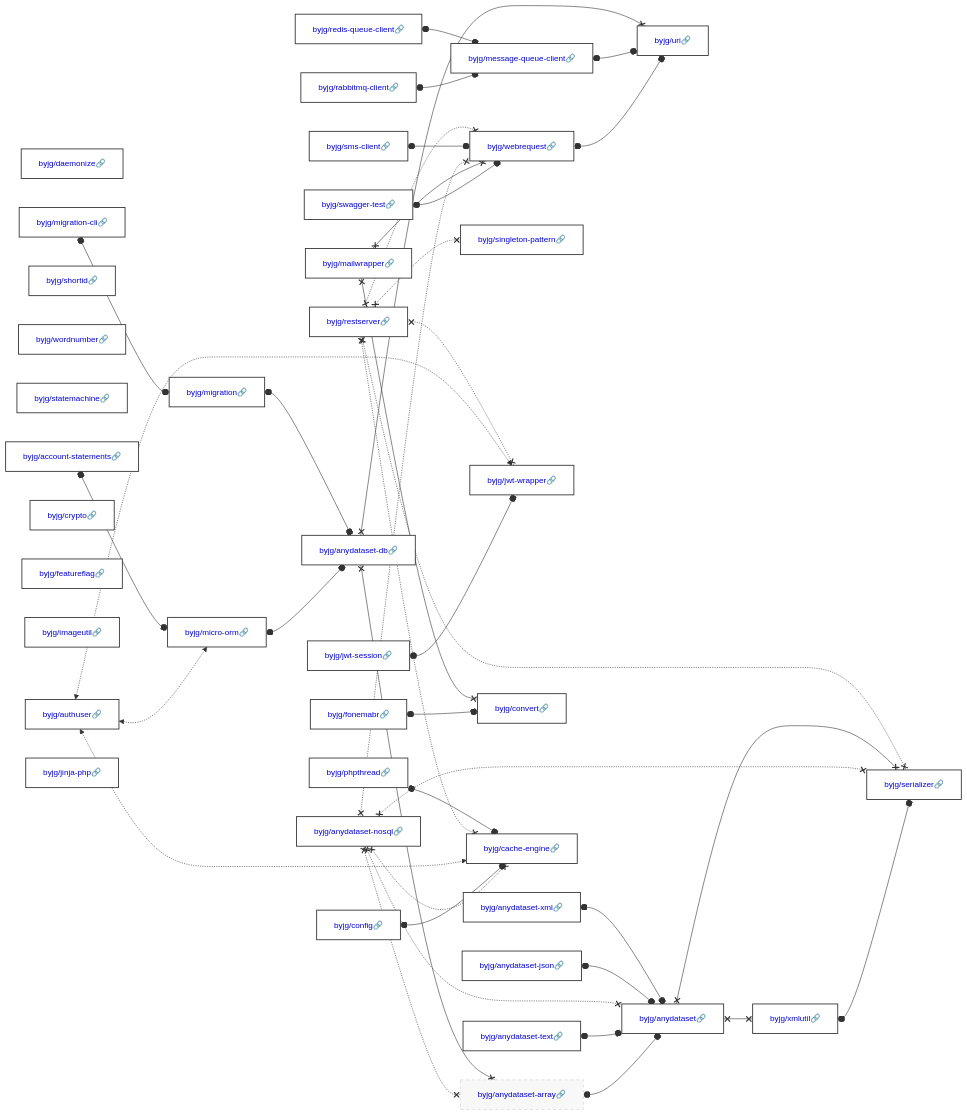
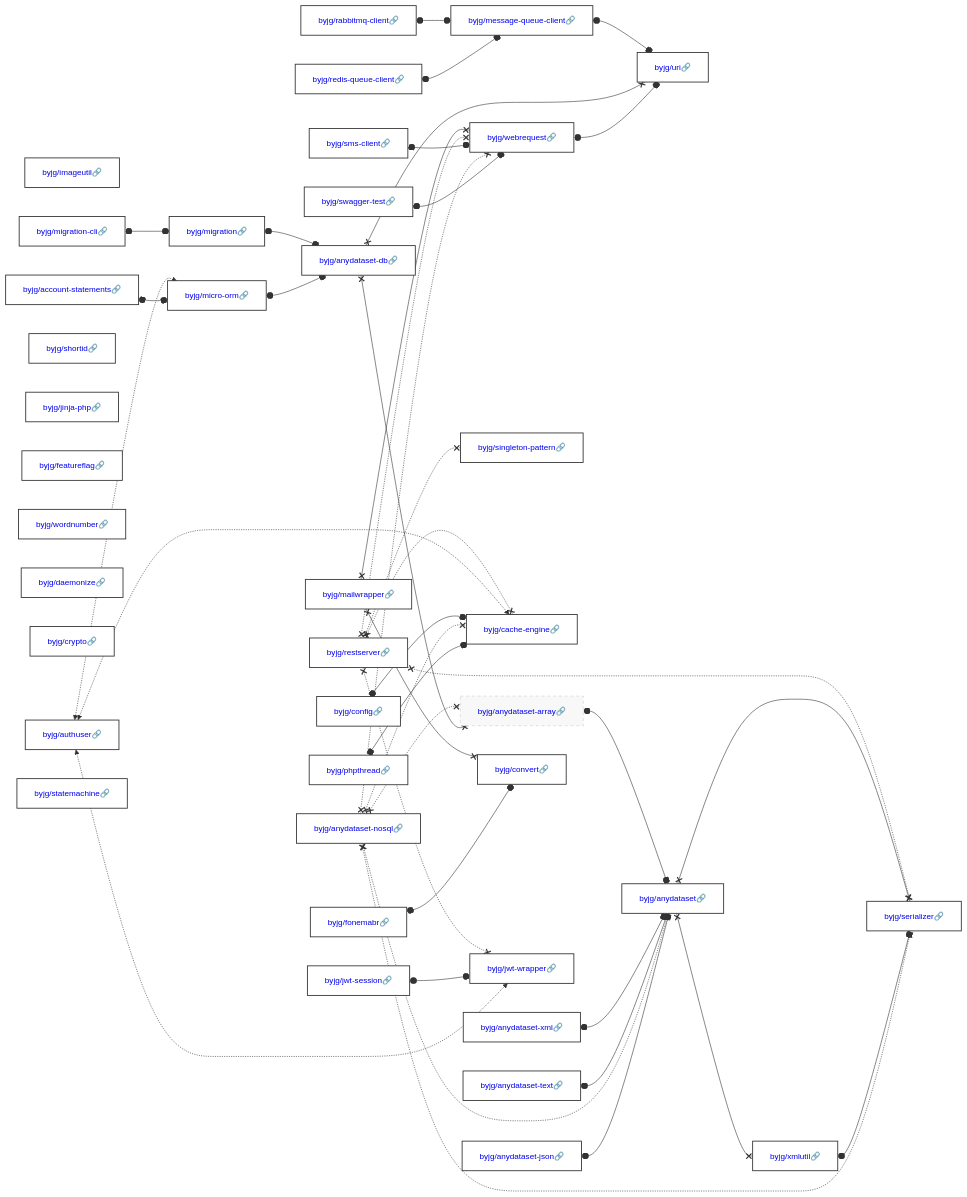
The diagram in docs/php/README.md (byjg/byjg.github.io), drawn with Mermaid before and after one commit. The commit also changed other lines of this file, not shown here.

Commit message:
Update documentation 'php' 'php-migration'

````diff
--- a/docs/php/README.md
+++ b/docs/php/README.md
@@ -3,82 +3,82 @@
 ```mermaid
 graph LR;
+  byjg/imageutil[<a href='https://opensource.byjg.com/docs/php/imageutil' style='text-decoration:none'>byjg/imageutil🔗</a>];
+  byjg/migration-cli[<a href='https://opensource.byjg.com/docs/php/migration-cli' style='text-decoration:none'>byjg/migration-cli🔗</a>];
+  byjg/authuser[<a href='https://opensource.byjg.com/docs/php/authuser' style='text-decoration:none'>byjg/authuser🔗</a>];
+  byjg/anydataset-text[<a href='https://opensource.byjg.com/docs/php/anydataset-text' style='text-decoration:none'>byjg/anydataset-text🔗</a>];
+  byjg/shortid[<a href='https://opensource.byjg.com/docs/php/shortid' style='text-decoration:none'>byjg/shortid🔗</a>];
+  byjg/jinja-php[<a href='https://opensource.byjg.com/docs/php/jinja-php' style='text-decoration:none'>byjg/jinja-php🔗</a>];
+  byjg/restserver[<a href='https://opensource.byjg.com/docs/php/restserver' style='text-decoration:none'>byjg/restserver🔗</a>];
+  byjg/sms-client[<a href='https://opensource.byjg.com/docs/php/sms-client' style='text-decoration:none'>byjg/sms-client🔗</a>];
+  byjg/featureflag[<a href='https://opensource.byjg.com/docs/php/featureflag' style='text-decoration:none'>byjg/featureflag🔗</a>];
+  byjg/anydataset-xml[<a href='https://opensource.byjg.com/docs/php/anydataset-xml' style='text-decoration:none'>byjg/anydataset-xml🔗</a>];
+  byjg/config[<a href='https://opensource.byjg.com/docs/php/config' style='text-decoration:none'>byjg/config🔗</a>];
+  byjg/anydataset-nosql[<a href='https://opensource.byjg.com/docs/php/anydataset-nosql' style='text-decoration:none'>byjg/anydataset-nosql🔗</a>];
+  byjg/phpthread[<a href='https://opensource.byjg.com/docs/php/phpthread' style='text-decoration:none'>byjg/phpthread🔗</a>];
+  byjg/mailwrapper[<a href='https://opensource.byjg.com/docs/php/mailwrapper' style='text-decoration:none'>byjg/mailwrapper🔗</a>];
+  byjg/wordnumber[<a href='https://opensource.byjg.com/docs/php/wordnumber' style='text-decoration:none'>byjg/wordnumber🔗</a>];
+  byjg/swagger-test[<a href='https://opensource.byjg.com/docs/php/swagger-test' style='text-decoration:none'>byjg/swagger-test🔗</a>];
   byjg/daemonize[<a href='https://opensource.byjg.com/docs/php/daemonize' style='text-decoration:none'>byjg/daemonize🔗</a>];
+  byjg/crypto[<a href='https://opensource.byjg.com/docs/php/crypto' style='text-decoration:none'>byjg/crypto🔗</a>];
+  byjg/rabbitmq-client[<a href='https://opensource.byjg.com/docs/php/rabbitmq-client' style='text-decoration:none'>byjg/rabbitmq-client🔗</a>];
+  byjg/redis-queue-client[<a href='https://opensource.byjg.com/docs/php/redis-queue-client' style='text-decoration:none'>byjg/redis-queue-client🔗</a>];
   byjg/fonemabr[<a href='https://opensource.byjg.com/docs/php/fonemabr' style='text-decoration:none'>byjg/fonemabr🔗</a>];
-  byjg/authuser[<a href='https://opensource.byjg.com/docs/php/authuser' style='text-decoration:none'>byjg/authuser🔗</a>];
-  byjg/shortid[<a href='https://opensource.byjg.com/docs/php/shortid' style='text-decoration:none'>byjg/shortid🔗</a>];
-  byjg/wordnumber[<a href='https://opensource.byjg.com/docs/php/wordnumber' style='text-decoration:none'>byjg/wordnumber🔗</a>];
-  byjg/restserver[<a href='https://opensource.byjg.com/docs/php/restserver' style='text-decoration:none'>byjg/restserver🔗</a>];
+  byjg/jwt-session[<a href='https://opensource.byjg.com/docs/php/jwt-session' style='text-decoration:none'>byjg/jwt-session🔗</a>];
+  byjg/account-statements[<a href='https://opensource.byjg.com/docs/php/account-statements' style='text-decoration:none'>byjg/account-statements🔗</a>];
+  byjg/anydataset-json[<a href='https://opensource.byjg.com/docs/php/anydataset-json' style='text-decoration:none'>byjg/anydataset-json🔗</a>];
   byjg/statemachine[<a href='https://opensource.byjg.com/docs/php/statemachine' style='text-decoration:none'>byjg/statemachine🔗</a>];
-  byjg/anydataset-nosql[<a href='https://opensource.byjg.com/docs/php/anydataset-nosql' style='text-decoration:none'>byjg/anydataset-nosql🔗</a>];
-  byjg/account-statements[<a href='https://opensource.byjg.com/docs/php/account-statements' style='text-decoration:none'>byjg/account-statements🔗</a>];
-  byjg/crypto[<a href='https://opensource.byjg.com/docs/php/crypto' style='text-decoration:none'>byjg/crypto🔗</a>];
-  byjg/redis-queue-client[<a href='https://opensource.byjg.com/docs/php/redis-queue-client' style='text-decoration:none'>byjg/redis-queue-client🔗</a>];
-  byjg/jwt-session[<a href='https://opensource.byjg.com/docs/php/jwt-session' style='text-decoration:none'>byjg/jwt-session🔗</a>];
-  byjg/featureflag[<a href='https://opensource.byjg.com/docs/php/featureflag' style='text-decoration:none'>byjg/featureflag🔗</a>];
-  byjg/rabbitmq-client[<a href='https://opensource.byjg.com/docs/php/rabbitmq-client' style='text-decoration:none'>byjg/rabbitmq-client🔗</a>];
-  byjg/phpthread[<a href='https://opensource.byjg.com/docs/php/phpthread' style='text-decoration:none'>byjg/phpthread🔗</a>];
-  byjg/sms-client[<a href='https://opensource.byjg.com/docs/php/sms-client' style='text-decoration:none'>byjg/sms-client🔗</a>];
-  byjg/imageutil[<a href='https://opensource.byjg.com/docs/php/imageutil' style='text-decoration:none'>byjg/imageutil🔗</a>];
-  byjg/anydataset-text[<a href='https://opensource.byjg.com/docs/php/anydataset-text' style='text-decoration:none'>byjg/anydataset-text🔗</a>];
-  byjg/anydataset-xml[<a href='https://opensource.byjg.com/docs/php/anydataset-xml' style='text-decoration:none'>byjg/anydataset-xml🔗</a>];
-  byjg/migration-cli[<a href='https://opensource.byjg.com/docs/php/migration-cli' style='text-decoration:none'>byjg/migration-cli🔗</a>];
-  byjg/anydataset-json[<a href='https://opensource.byjg.com/docs/php/anydataset-json' style='text-decoration:none'>byjg/anydataset-json🔗</a>];
-  byjg/swagger-test[<a href='https://opensource.byjg.com/docs/php/swagger-test' style='text-decoration:none'>byjg/swagger-test🔗</a>];
-  byjg/jinja-php[<a href='https://opensource.byjg.com/docs/php/jinja-php' style='text-decoration:none'>byjg/jinja-php🔗</a>];
-  byjg/mailwrapper[<a href='https://opensource.byjg.com/docs/php/mailwrapper' style='text-decoration:none'>byjg/mailwrapper🔗</a>];
-  byjg/config[<a href='https://opensource.byjg.com/docs/php/config' style='text-decoration:none'>byjg/config🔗</a>];
+  byjg/migration[<a href='https://opensource.byjg.com/docs/php/migration' style='text-decoration:none'>byjg/migration🔗</a>];
   byjg/singleton-pattern[<a href='https://opensource.byjg.com/docs/php/singleton-pattern' style='text-decoration:none'>byjg/singleton-pattern🔗</a>];
+  byjg/cache-engine[<a href='https://opensource.byjg.com/docs/php/cache-engine' style='text-decoration:none'>byjg/cache-engine🔗</a>];
+  byjg/webrequest[<a href='https://opensource.byjg.com/docs/php/webrequest' style='text-decoration:none'>byjg/webrequest🔗</a>];
+  byjg/message-queue-client[<a href='https://opensource.byjg.com/docs/php/message-queue-client' style='text-decoration:none'>byjg/message-queue-client🔗</a>];
+  byjg/convert[<a href='https://opensource.byjg.com/docs/php/convert' style='text-decoration:none'>byjg/convert🔗</a>];
+  byjg/jwt-wrapper[<a href='https://opensource.byjg.com/docs/php/jwt-wrapper' style='text-decoration:none'>byjg/jwt-wrapper🔗</a>];
   byjg/micro-orm[<a href='https://opensource.byjg.com/docs/php/micro-orm' style='text-decoration:none'>byjg/micro-orm🔗</a>];
-  byjg/jwt-wrapper[<a href='https://opensource.byjg.com/docs/php/jwt-wrapper' style='text-decoration:none'>byjg/jwt-wrapper🔗</a>];
-  byjg/message-queue-client[<a href='https://opensource.byjg.com/docs/php/message-queue-client' style='text-decoration:none'>byjg/message-queue-client🔗</a>];
-  byjg/migration[<a href='https://opensource.byjg.com/docs/php/migration' style='text-decoration:none'>byjg/migration🔗</a>];
-  byjg/convert[<a href='https://opensource.byjg.com/docs/php/convert' style='text-decoration:none'>byjg/convert🔗</a>];
-  byjg/webrequest[<a href='https://opensource.byjg.com/docs/php/webrequest' style='text-decoration:none'>byjg/webrequest🔗</a>];
-  byjg/cache-engine[<a href='https://opensource.byjg.com/docs/php/cache-engine' style='text-decoration:none'>byjg/cache-engine🔗</a>];
   byjg/anydataset-db[<a href='https://opensource.byjg.com/docs/php/anydataset-db' style='text-decoration:none'>byjg/anydataset-db🔗</a>];
   byjg/anydataset-array[<a href='https://opensource.byjg.com/docs/php/anydataset-array' style='text-decoration:none'>byjg/anydataset-array🔗</a>];
   byjg/uri[<a href='https://opensource.byjg.com/docs/php/uri' style='text-decoration:none'>byjg/uri🔗</a>];
   byjg/anydataset[<a href='https://opensource.byjg.com/docs/php/anydataset' style='text-decoration:none'>byjg/anydataset🔗</a>];
   byjg/xmlutil[<a href='https://opensource.byjg.com/docs/php/xmlutil' style='text-decoration:none'>byjg/xmlutil🔗</a>];
   byjg/serializer[<a href='https://opensource.byjg.com/docs/php/serializer' style='text-decoration:none'>byjg/serializer🔗</a>];
+  byjg/migration-cli o--o byjg/migration;
+  byjg/webrequest o--o byjg/uri;
+  byjg/micro-orm o--o byjg/anydataset-db;
+  byjg/phpthread o--o byjg/cache-engine;
+  byjg/anydataset-db x--x byjg/anydataset-array;
+  byjg/anydataset-db x--x byjg/uri;
+  byjg/redis-queue-client o--o byjg/message-queue-client;
+  byjg/anydataset-json o--o byjg/anydataset;
   byjg/swagger-test o--o byjg/webrequest;
-  byjg/xmlutil o--o byjg/serializer;
-  byjg/anydataset-array o--o byjg/anydataset;
-  byjg/fonemabr o--o byjg/convert;
-  byjg/anydataset-text o--o byjg/anydataset;
-  byjg/mailwrapper x--x byjg/convert;
-  byjg/mailwrapper x--x byjg/webrequest;
-  byjg/webrequest o--o byjg/uri;
+  byjg/rabbitmq-client o--o byjg/message-queue-client;
   byjg/anydataset-nosql x-.-x byjg/anydataset;
   byjg/anydataset-nosql x-.-x byjg/anydataset-array;
   byjg/anydataset-nosql x-.-x byjg/serializer;
   byjg/anydataset-nosql x-.-x byjg/webrequest;
   byjg/anydataset-nosql x-.-x byjg/cache-engine;
+  byjg/xmlutil o--o byjg/serializer;
+  byjg/account-statements o--o byjg/micro-orm;
+  byjg/anydataset-text o--o byjg/anydataset;
+  byjg/config o--o byjg/cache-engine;
   byjg/message-queue-client o--o byjg/uri;
-  byjg/anydataset x--x byjg/serializer;
-  byjg/anydataset x--x byjg/xmlutil;
-  byjg/jwt-session o--o byjg/jwt-wrapper;
-  byjg/config o--o byjg/cache-engine;
-  byjg/anydataset-json o--o byjg/anydataset;
-  byjg/micro-orm o--o byjg/anydataset-db;
-  byjg/migration-cli o--o byjg/migration;
-  byjg/migration o--o byjg/anydataset-db;
-  byjg/rabbitmq-client o--o byjg/message-queue-client;
-  byjg/sms-client o--o byjg/webrequest;
-  byjg/redis-queue-client o--o byjg/message-queue-client;
-  byjg/anydataset-db x--x byjg/anydataset-array;
-  byjg/anydataset-db x--x byjg/uri;
+  byjg/anydataset-xml o--o byjg/anydataset;
   byjg/authuser <-.-> byjg/micro-orm;
   byjg/authuser <-.-> byjg/cache-engine;
   byjg/authuser <-.-> byjg/jwt-wrapper;
+  byjg/sms-client o--o byjg/webrequest;
+  byjg/jwt-session o--o byjg/jwt-wrapper;
+  byjg/anydataset x--x byjg/serializer;
+  byjg/anydataset x--x byjg/xmlutil;
+  byjg/anydataset-array o--o byjg/anydataset;
+  byjg/migration o--o byjg/anydataset-db;
   byjg/restserver x-.-x byjg/serializer;
   byjg/restserver x-.-x byjg/singleton-pattern;
   byjg/restserver x-.-x byjg/cache-engine;
   byjg/restserver x-.-x byjg/webrequest;
   byjg/restserver x-.-x byjg/jwt-wrapper;
-  byjg/account-statements o--o byjg/micro-orm;
-  byjg/anydataset-xml o--o byjg/anydataset;
-  byjg/phpthread o--o byjg/cache-engine;
+  byjg/fonemabr o--o byjg/convert;
+  byjg/mailwrapper x--x byjg/convert;
+  byjg/mailwrapper x--x byjg/webrequest;
   classDef default fill:#ffffff,stroke:#333,stroke-width:1.5px,color:#000,font-size:14px;
   classDef highlight fill:#ffef96,stroke:#ff9900,stroke-width:3px;
   classDef deprecated fill:#f8f8f8,stroke:#cccccc,stroke-dasharray: 5 5,stroke-width:1px,color:#999;
````
